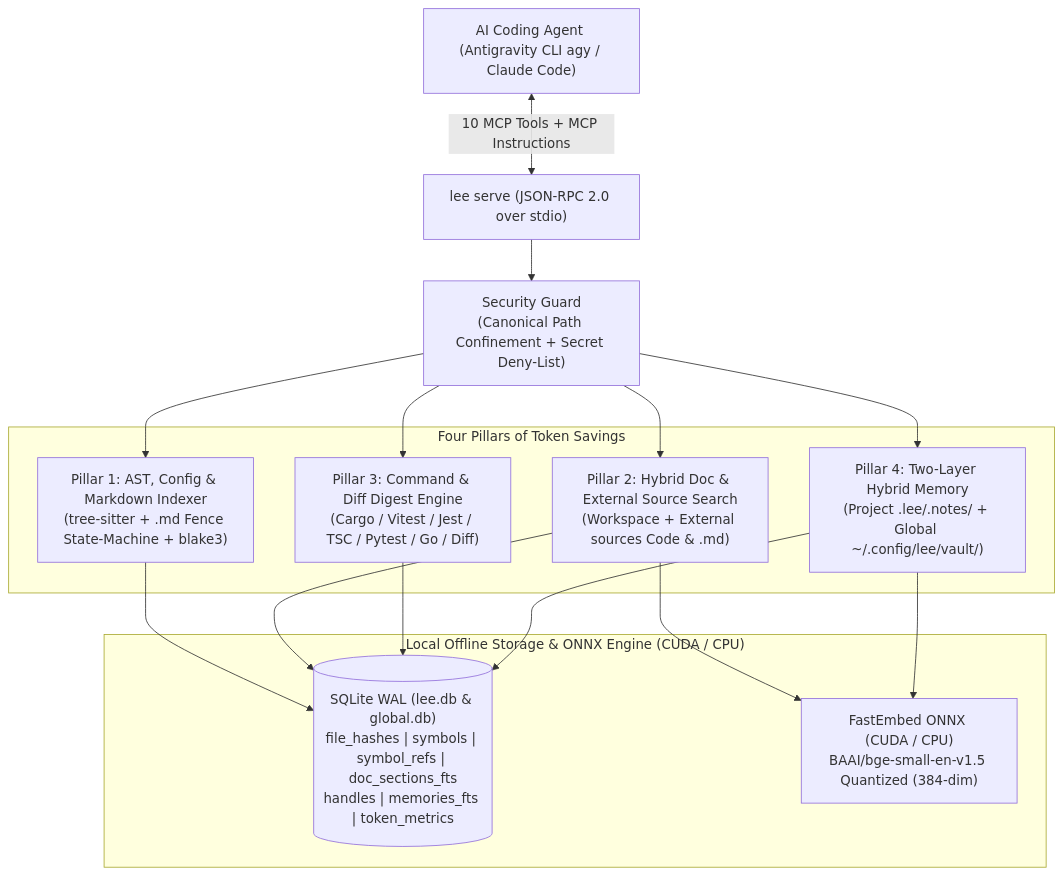
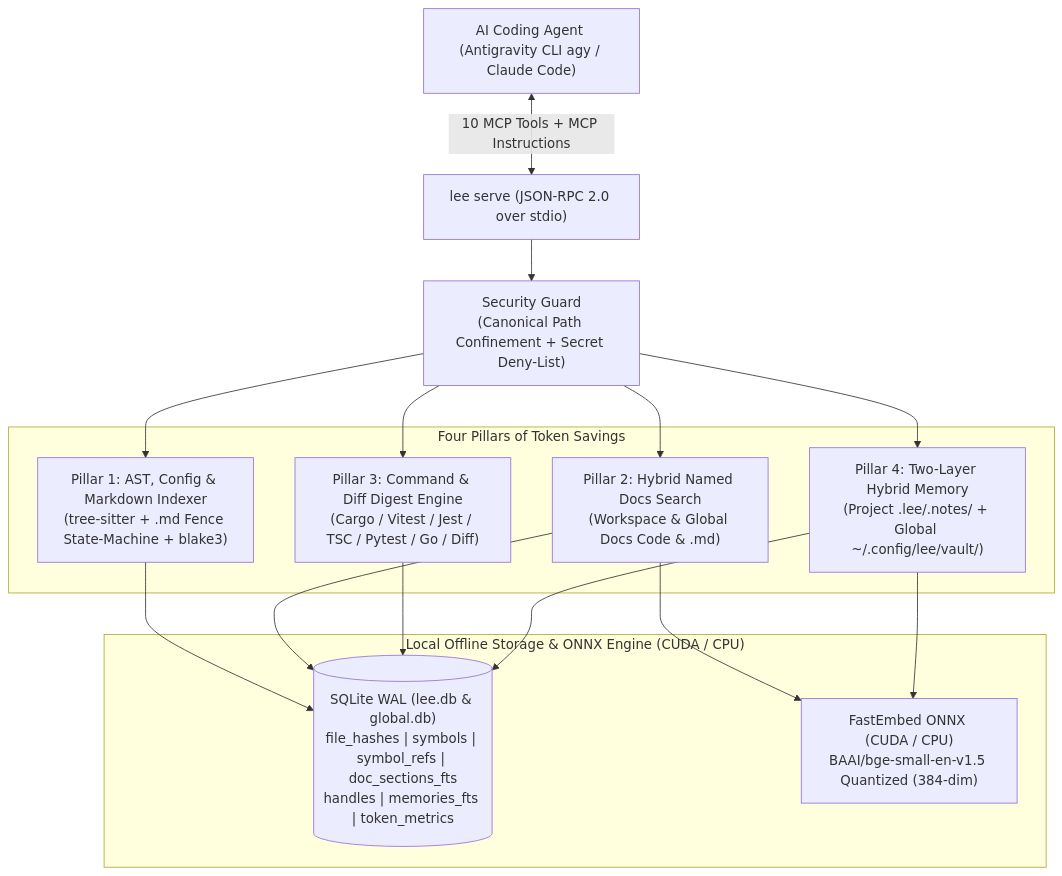
One commit to 1kaye/lee changed the diagram in README.md. Above: the diagram before and after it, drawn with Mermaid. The commit also changed other lines of this file and 9 other files, not shown here.

Commit message:
feat: add named workspace/global docs, lee docs --json, add-docs/rm-docs, and MCP doc/scope filtering

````diff
--- a/README.md
+++ b/README.md
@@ -26,32 +26,32 @@
 ```mermaid
 flowchart TD
     Agent["AI Coding Agent (Antigravity CLI agy / Claude Code)"]
     MCP["lee serve (JSON-RPC 2.0 over stdio)"]
     Sec["Security Guard\n(Canonical Path Confinement + Secret Deny-List)"]
 
     subgraph Pillars["Four Pillars of Token Savings"]
         Indexer["Pillar 1: AST, Config & Markdown Indexer\n(tree-sitter + .md Fence State-Machine + blake3)"]
-        DocSearch["Pillar 2: Hybrid Doc & External Source Search\n(Workspace + External sources Code & .md)"]
+        DocSearch["Pillar 2: Hybrid Named Docs Search\n(Workspace & Global Docs Code & .md)"]
         Digest["Pillar 3: Command & Diff Digest Engine\n(Cargo / Vitest / Jest / TSC / Pytest / Go / Diff)"]
         Memory["Pillar 4: Two-Layer Hybrid Memory\n(Project .lee/.notes/ + Global ~/.config/lee/vault/)"]
     end
 
     subgraph Storage["Local Offline Storage & ONNX Engine (CUDA / CPU)"]
         DB[("SQLite WAL (lee.db & global.db)\nfile_hashes | symbols | symbol_refs | doc_sections_fts\nhandles | memories_fts | token_metrics")]
         BGE["FastEmbed ONNX (CUDA / CPU)\nBAAI/bge-small-en-v1.5 Quantized (384-dim)"]
     end
 
     Agent <-->|"10 MCP Tools + MCP Instructions"| MCP
     MCP --> Sec
     Sec --> Indexer
     Sec --> DocSearch
     Sec --> Digest
     Sec --> Memory
 
     Indexer --> DB
     DocSearch --> BGE
     DocSearch --> DB
     Digest --> DB
     Memory --> BGE
     Memory --> DB
 ```
````
